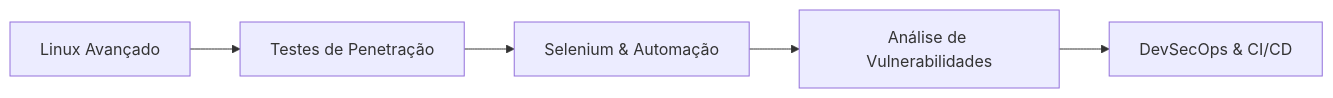
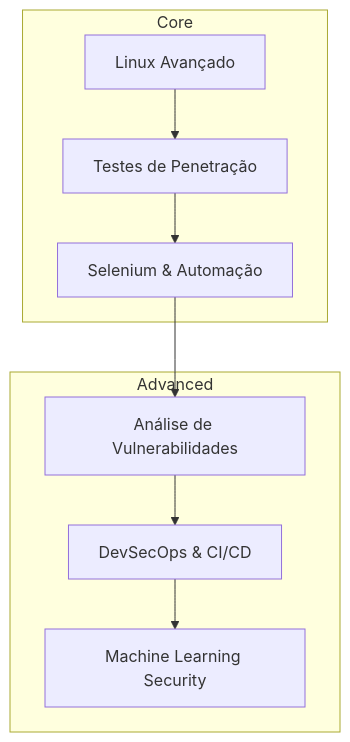
One commit to CleversonHenriquefg/Henrique_Ferreira changed the diagram in README.md. Above: the diagram before and after it, drawn with Mermaid. The commit also changed other lines of this file, not shown here.

````diff
--- a/README.md
+++ b/README.md
@@ -69,7 +71,12 @@
 ```mermaid
-flowchart LR
-  A[Linux Avançado] --> B[Testes de Penetração]
-  B --> C[Selenium & Automação]
-  C --> D[Análise de Vulnerabilidades]
-  D --> E[DevSecOps & CI/CD]
+flowchart TB
+  subgraph Core
+    A[Linux Avançado] --> B[Testes de Penetração]
+    B --> C[Selenium & Automação]
+  end
+  subgraph Advanced
+    C --> D[Análise de Vulnerabilidades]
+    D --> E[DevSecOps & CI/CD]
+    E --> F[Machine Learning Security]
+  end
 ```
````
